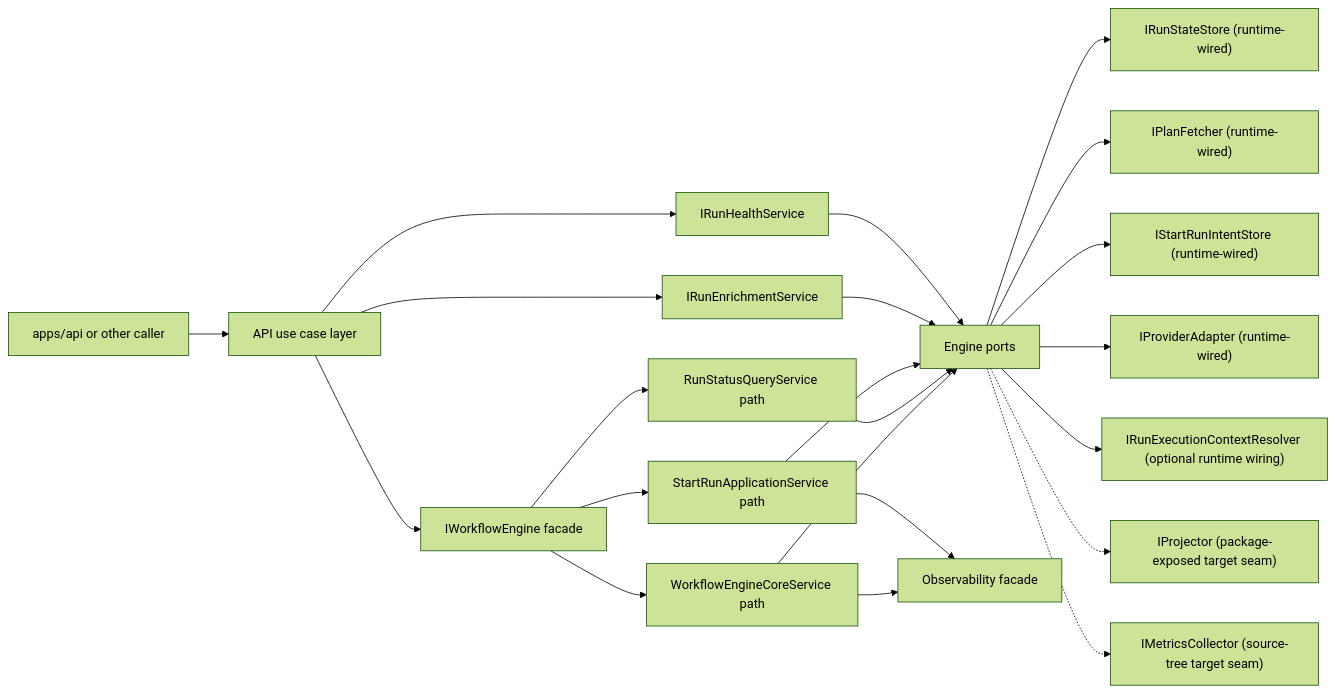
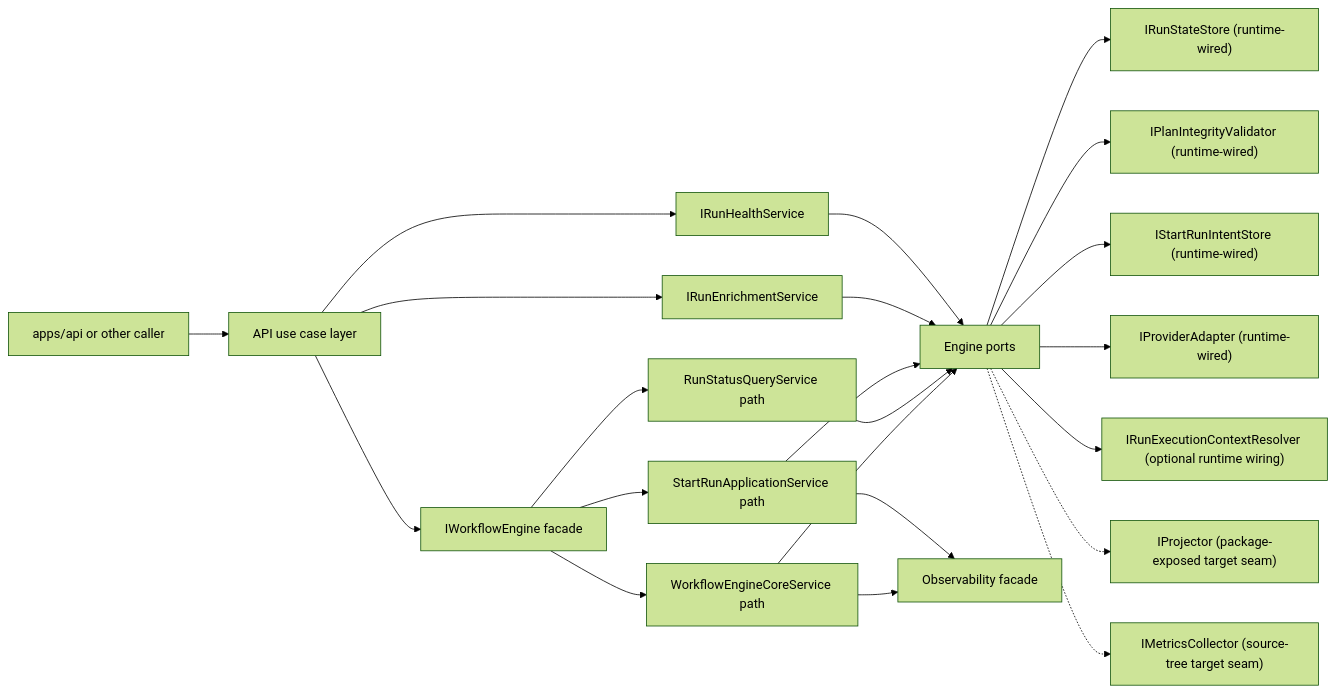
Before and after one commit to dunay2/dvt: the first of 5 diagrams in docs/architecture/components/engine/architecture/workflow-engine-subsystem-context.md, drawn with Mermaid (forest theme). The commit also changed other lines of this file and 32 other files, not shown here.

Commit message:
docs(docs): Document scoped plan-store ownership

````diff
--- a/docs/architecture/components/engine/architecture/workflow-engine-subsystem-context.md
+++ b/docs/architecture/components/engine/architecture/workflow-engine-subsystem-context.md
@@ -76,24 +77,24 @@
 ```mermaid
 flowchart LR
   Caller["apps/api or other caller"] --> UseCase["API use case layer"]
   UseCase --> Engine["IWorkflowEngine facade"]
   UseCase --> Health["IRunHealthService"]
   UseCase --> Enrich["IRunEnrichmentService"]
   Engine --> StartRun["StartRunApplicationService path"]
   Engine --> Query["RunStatusQueryService path"]
   Engine --> Core["WorkflowEngineCoreService path"]
   Health --> Ports
   Enrich --> Ports
   StartRun --> Ports["Engine ports"]
   Query --> Ports
   Core --> Ports
   Ports --> State["IRunStateStore (runtime-wired)"]
-  Ports --> PlanStore["IPlanFetcher (runtime-wired)"]
+  Ports --> PlanStore["IPlanIntegrityValidator (runtime-wired)"]
   Ports --> Intent["IStartRunIntentStore (runtime-wired)"]
   Ports --> Provider["IProviderAdapter (runtime-wired)"]
   Ports --> RunCtx["IRunExecutionContextResolver (optional runtime wiring)"]
   Ports -.-> Projector["IProjector (package-exposed target seam)"]
   Ports -.-> Metrics["IMetricsCollector (source-tree target seam)"]
   StartRun --> Obs["Observability facade"]
   Core --> Obs
 ```
````
